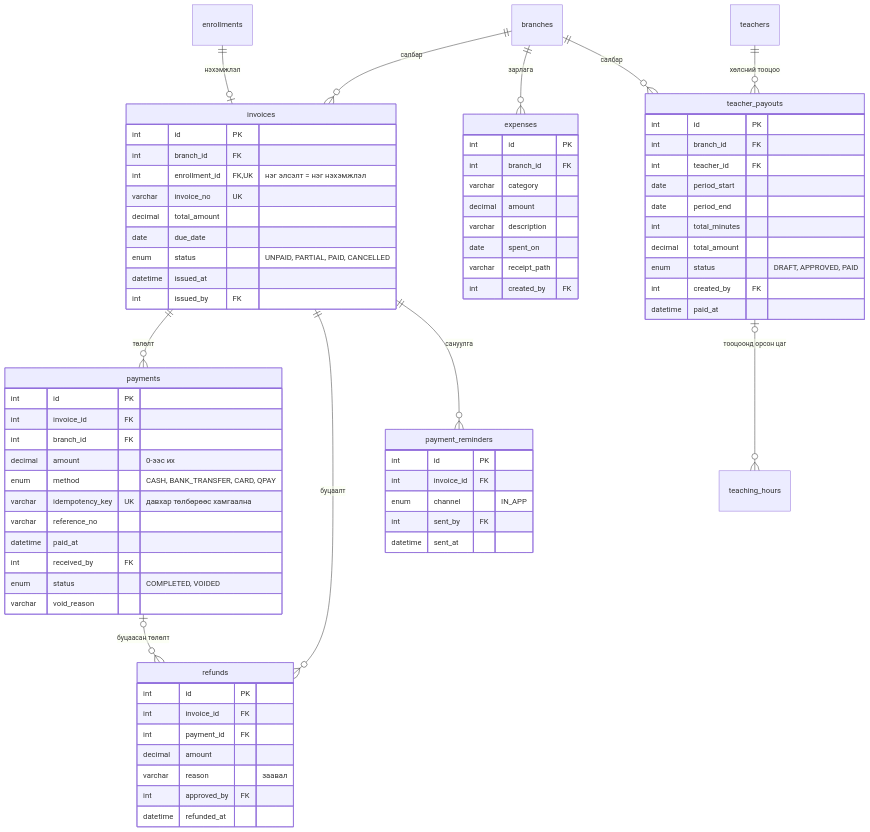
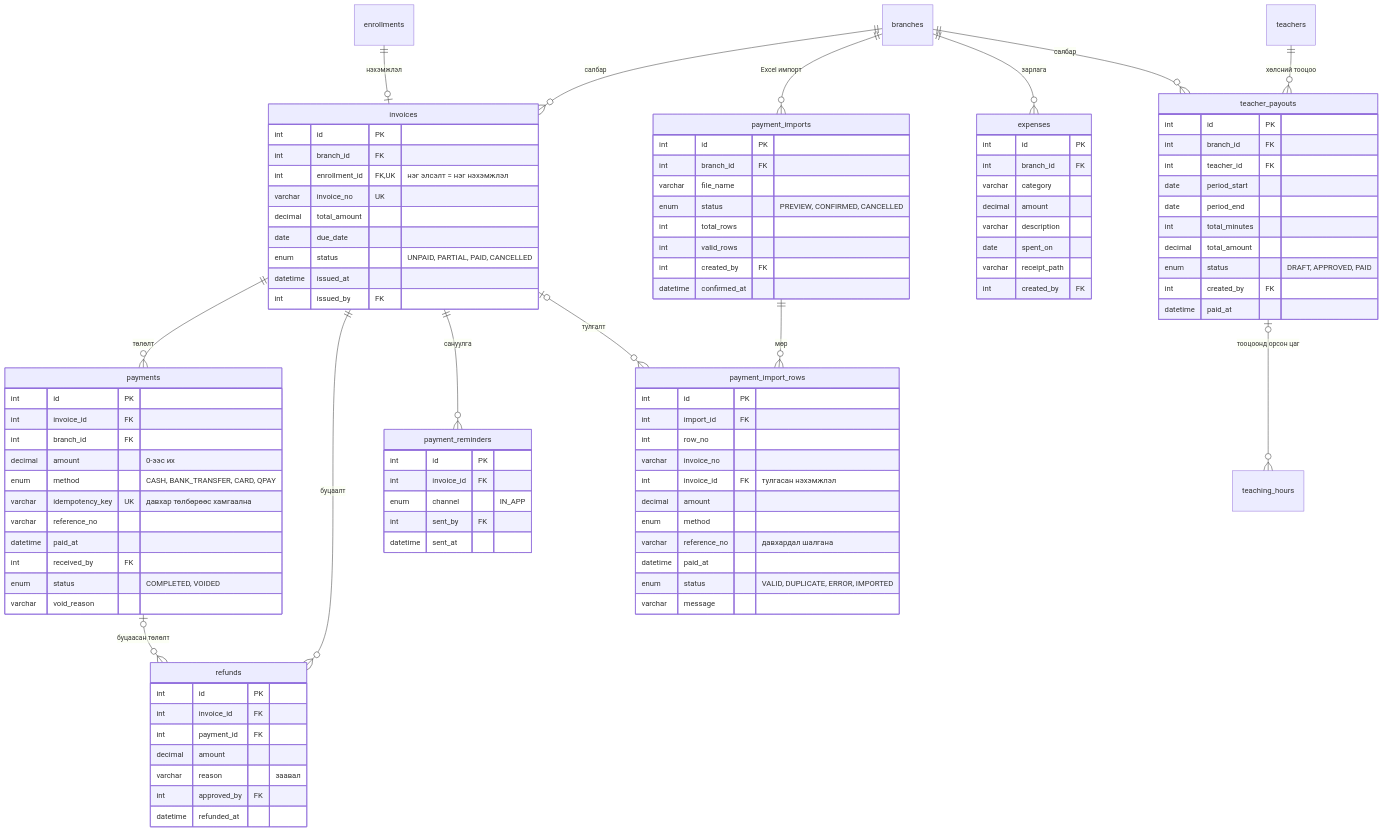
Before and after one commit to khashaa0013/english-center-erp: the sixth of 8 diagrams in docs/diagrams/erd.md, drawn with Mermaid. The commit also changed other lines of this file and 35 other files, not shown here.

```diff
--- a/docs/diagrams/erd.md
+++ b/docs/diagrams/erd.md
@@ -500,6 +510,29 @@
         varchar reason "заавал"
         int approved_by FK
         datetime refunded_at
+    }
+    payment_imports {
+        int id PK
+        int branch_id FK
+        varchar file_name
+        enum status "PREVIEW, CONFIRMED, CANCELLED"
+        int total_rows
+        int valid_rows
+        int created_by FK
+        datetime confirmed_at
+    }
+    payment_import_rows {
+        int id PK
+        int import_id FK
+        int row_no
+        varchar invoice_no
+        int invoice_id FK "тулгасан нэхэмжлэл"
+        decimal amount
+        enum method
+        varchar reference_no "давхардал шалгана"
+        datetime paid_at
+        enum status "VALID, DUPLICATE, ERROR, IMPORTED"
+        varchar message
     }
     payment_reminders {
         int id PK
@@ -537,6 +570,9 @@
     invoices ||--o{ refunds : "буцаалт"
     payments |o--o{ refunds : "буцаасан төлөлт"
     invoices ||--o{ payment_reminders : "сануулга"
+    branches ||--o{ payment_imports : "Excel импорт"
+    payment_imports ||--o{ payment_import_rows : "мөр"
+    invoices |o--o{ payment_import_rows : "тулгалт"
     branches ||--o{ expenses : "зарлага"
     teachers ||--o{ teacher_payouts : "хөлсний тооцоо"
     branches ||--o{ teacher_payouts : "салбар"
```
